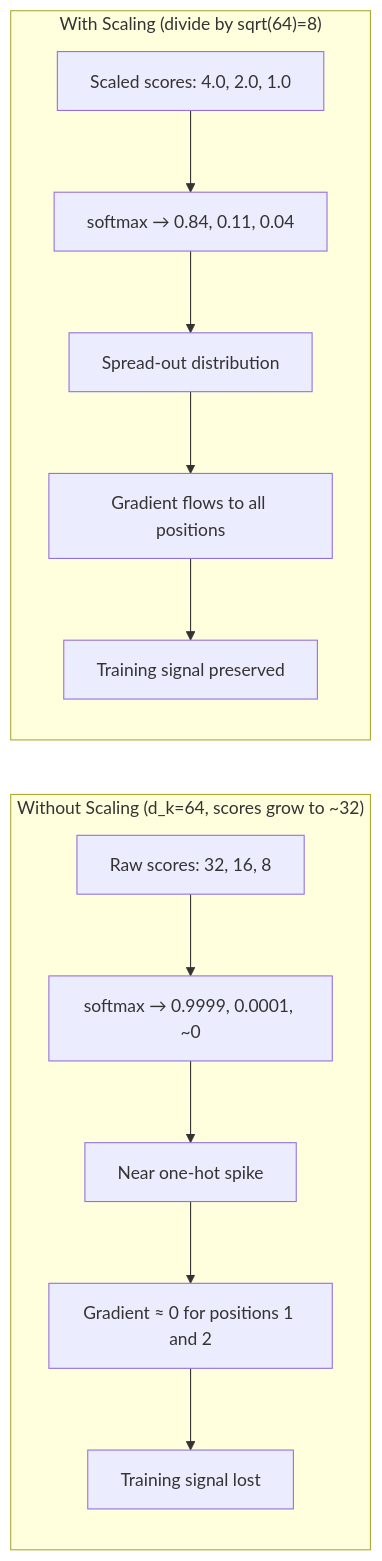
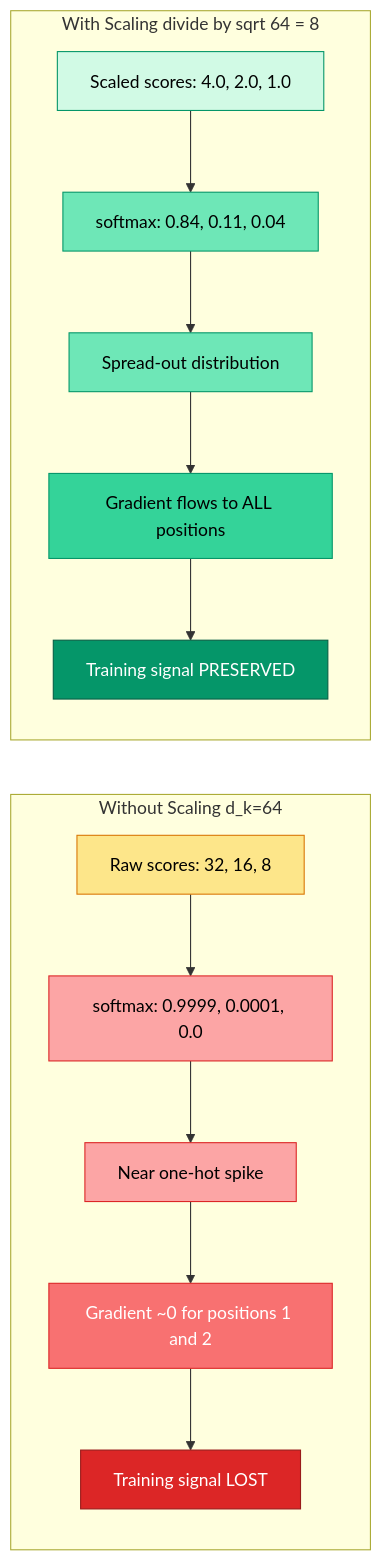
Before and after one commit to hkevin01/transformer-demo: the first of 8 diagrams in README.md, drawn with Mermaid. The commit also changed other lines of this file, not shown here.

Commit message:
Enhance README with detailed explanations of pairwise attention scores and the importance of scaling in self-attention

````diff
--- a/README.md
+++ b/README.md
@@ -65,21 +91,30 @@
 ```mermaid
-graph LR
-    subgraph UNSCALED["Without Scaling  (d_k=64, scores grow to ~32)"]
-        direction TB
+flowchart LR
+    subgraph UNSCALED["Without Scaling  d_k=64"]
         US1["Raw scores: 32, 16, 8"]
-        US2["softmax → 0.9999, 0.0001, ~0"]
+        US2["softmax: 0.9999, 0.0001, 0.0"]
         US3["Near one-hot spike"]
-        US4["Gradient ≈ 0 for positions 1 and 2"]
-        US5["Training signal lost"]
+        US4["Gradient ~0 for positions 1 and 2"]
+        US5["Training signal LOST"]
         US1 --> US2 --> US3 --> US4 --> US5
     end
-    subgraph SCALED["With Scaling  (divide by sqrt(64)=8)"]
-        direction TB
+    subgraph SCALED["With Scaling  divide by sqrt 64 = 8"]
         SS1["Scaled scores: 4.0, 2.0, 1.0"]
-        SS2["softmax → 0.84, 0.11, 0.04"]
+        SS2["softmax: 0.84, 0.11, 0.04"]
         SS3["Spread-out distribution"]
-        SS4["Gradient flows to all positions"]
-        SS5["Training signal preserved"]
+        SS4["Gradient flows to ALL positions"]
+        SS5["Training signal PRESERVED"]
         SS1 --> SS2 --> SS3 --> SS4 --> SS5
     end
+
+    style US1 fill:#fde68a,stroke:#d97706,color:#000
+    style US2 fill:#fca5a5,stroke:#dc2626,color:#000
+    style US3 fill:#fca5a5,stroke:#dc2626,color:#000
+    style US4 fill:#f87171,stroke:#dc2626,color:#fff
+    style US5 fill:#dc2626,stroke:#991b1b,color:#fff
+    style SS1 fill:#d1fae5,stroke:#059669,color:#000
+    style SS2 fill:#6ee7b7,stroke:#059669,color:#000
+    style SS3 fill:#6ee7b7,stroke:#059669,color:#000
+    style SS4 fill:#34d399,stroke:#059669,color:#000
+    style SS5 fill:#059669,stroke:#065f46,color:#fff
 ```
````
